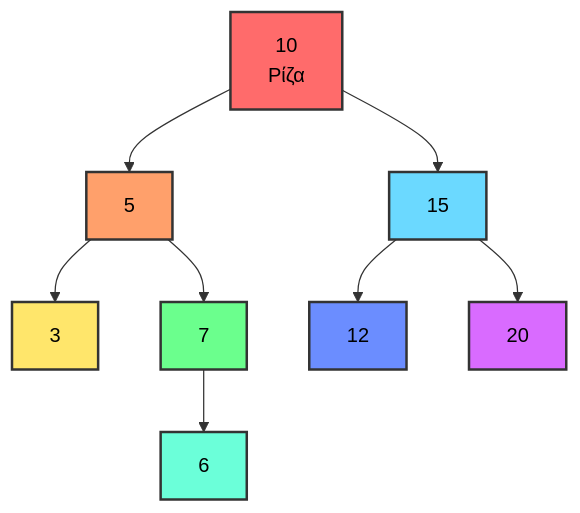
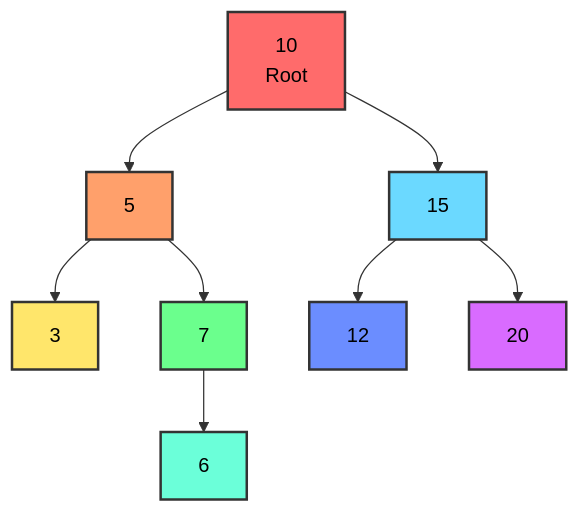
One commit to PanagopoulosNikolaos/DitOpenNotes changed the second of 43 diagrams in Year_2/Semester_3/DSA_DATA_STRUCTURES_ALGORITHMS/Resources/Binary_Trees.md. Above: the diagram before and after it, drawn with Mermaid. The commit also changed other lines of this file and 50 other files, not shown here.

````diff
--- a/Year_2/Semester_3/DSA_DATA_STRUCTURES_ALGORITHMS/Resources/Binary_Trees.md
+++ b/Year_2/Semester_3/DSA_DATA_STRUCTURES_ALGORITHMS/Resources/Binary_Trees.md
@@ -65,19 +65,19 @@
 ```mermaid
 graph TD
-    A[" 10<br/>Ρίζα"] --> B[" 5"]
+    A[" 10<br/>Root"] --> B[" 5"]
     A --> C[" 15"]
     B --> D[" 3"]
     B --> E[" 7"]
     E --> EA[" 6"]
     C --> F[" 12"]
     C --> G[" 20"]
     
     style A fill:#ff6b6b,stroke:#333,stroke-width:2px,color:black
     style B fill:#ffa06b,stroke:#333,stroke-width:2px,color:black
     style D fill:#ffe66b,stroke:#333,stroke-width:2px,color:black
     style E fill:#6bff8d,stroke:#333,stroke-width:2px,color:black
     style EA fill:#6bffd9,stroke:#333,stroke-width:2px,color:black
     style C fill:#6bd9ff,stroke:#333,stroke-width:2px,color:black
     style F fill:#6b8dff,stroke:#333,stroke-width:2px,color:black
     style G fill:#d96bff,stroke:#333,stroke-width:2px,color:black
 ```
````
